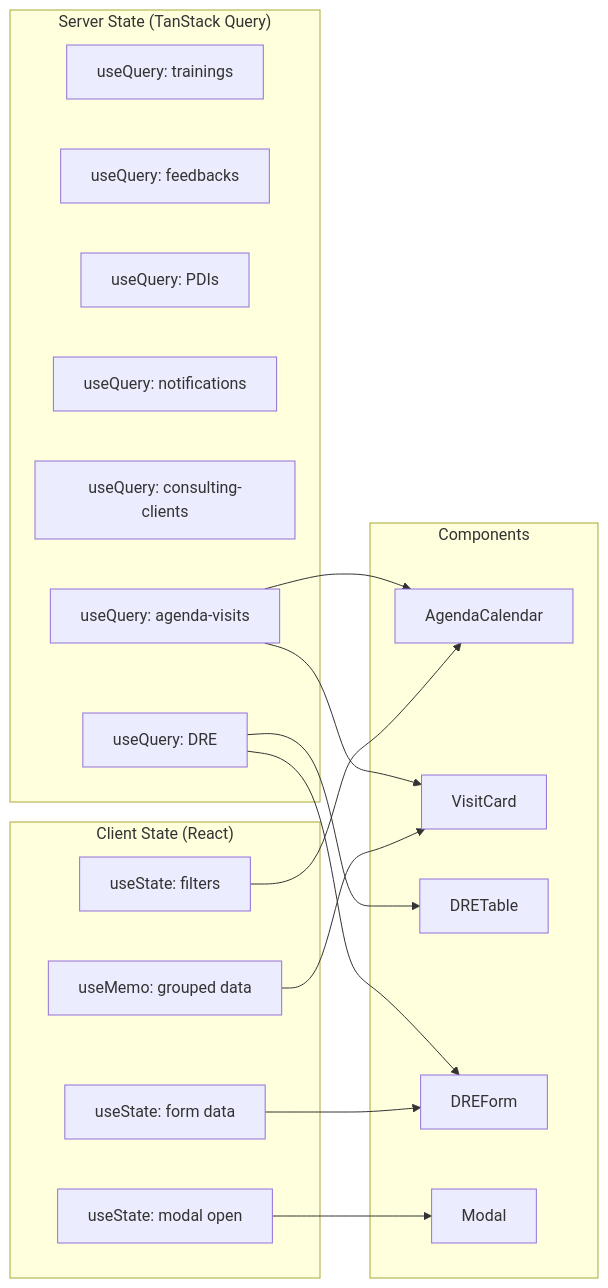
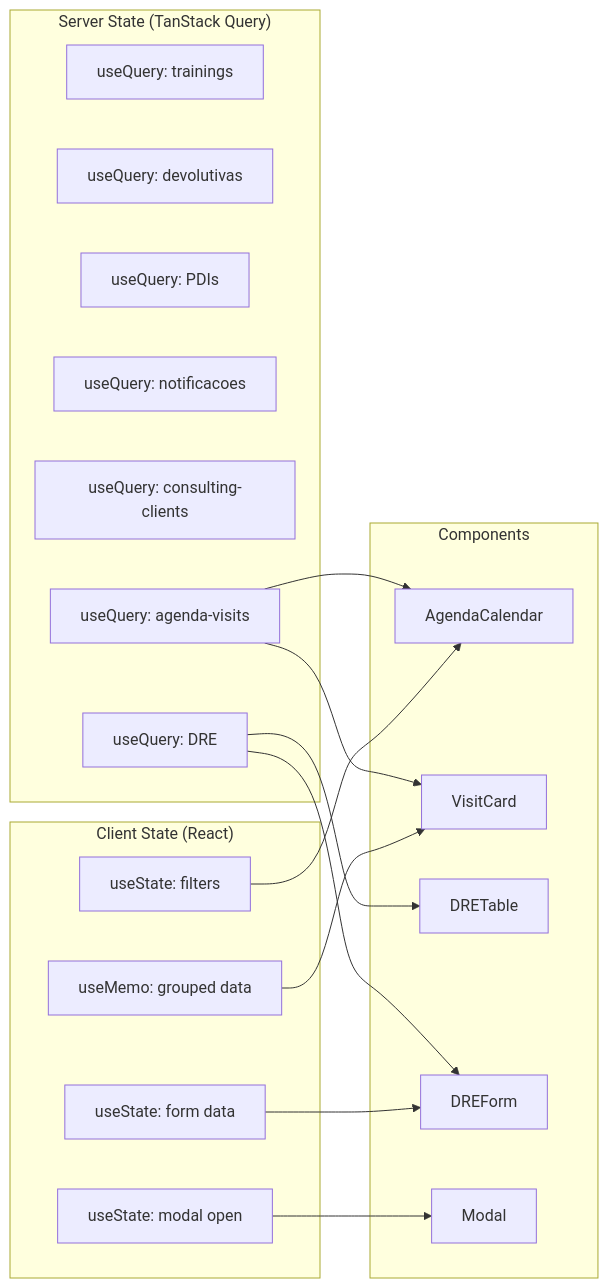
Before and after one commit to pglemos/MXGESTAOPREDITIVA: the second of 2 diagrams in docs/architecture.md, drawn with Mermaid. The commit also changed other lines of this file and 97 other files, not shown here.

````diff
--- a/docs/architecture.md
+++ b/docs/architecture.md
@@ -425,36 +425,36 @@
 ```mermaid
 graph LR
     subgraph "Server State (TanStack Query)"
         Q1[useQuery: trainings]
-        Q2[useQuery: feedbacks]
+        Q2[useQuery: devolutivas]
         Q3[useQuery: PDIs]
-        Q4[useQuery: notifications]
+        Q4[useQuery: notificacoes]
         Q5[useQuery: consulting-clients]
         Q6[useQuery: DRE]
         Q7[useQuery: agenda-visits]
     end
 
     subgraph "Client State (React)"
         S1[useState: form data]
         S2[useState: modal open]
         S3[useState: filters]
         S4[useMemo: grouped data]
     end
 
     subgraph "Components"
         C1[AgendaCalendar]
         C2[VisitCard]
         C3[DRETable]
         C4[DREForm]
         C5[Modal]
     end
 
     Q7 --> C1
     Q7 --> C2
     Q6 --> C3
     Q6 --> C4
     S1 --> C4
     S2 --> C5
     S3 --> C1
     S4 --> C2
 ```
````
